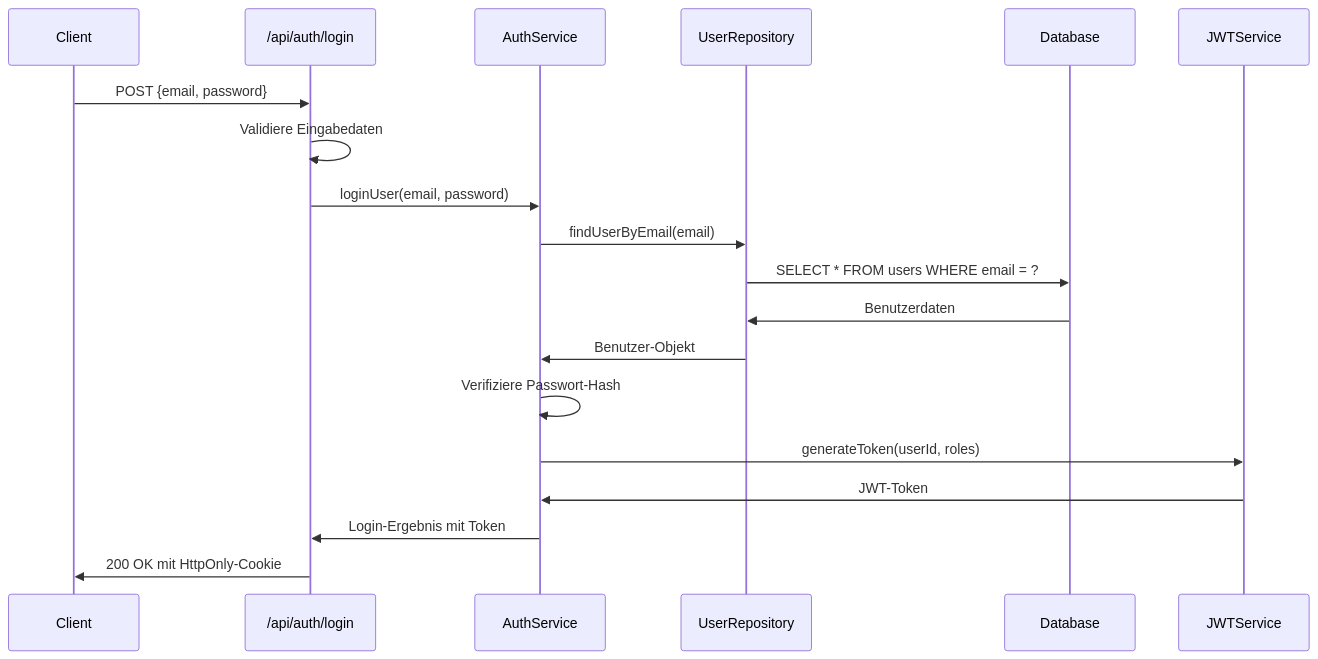
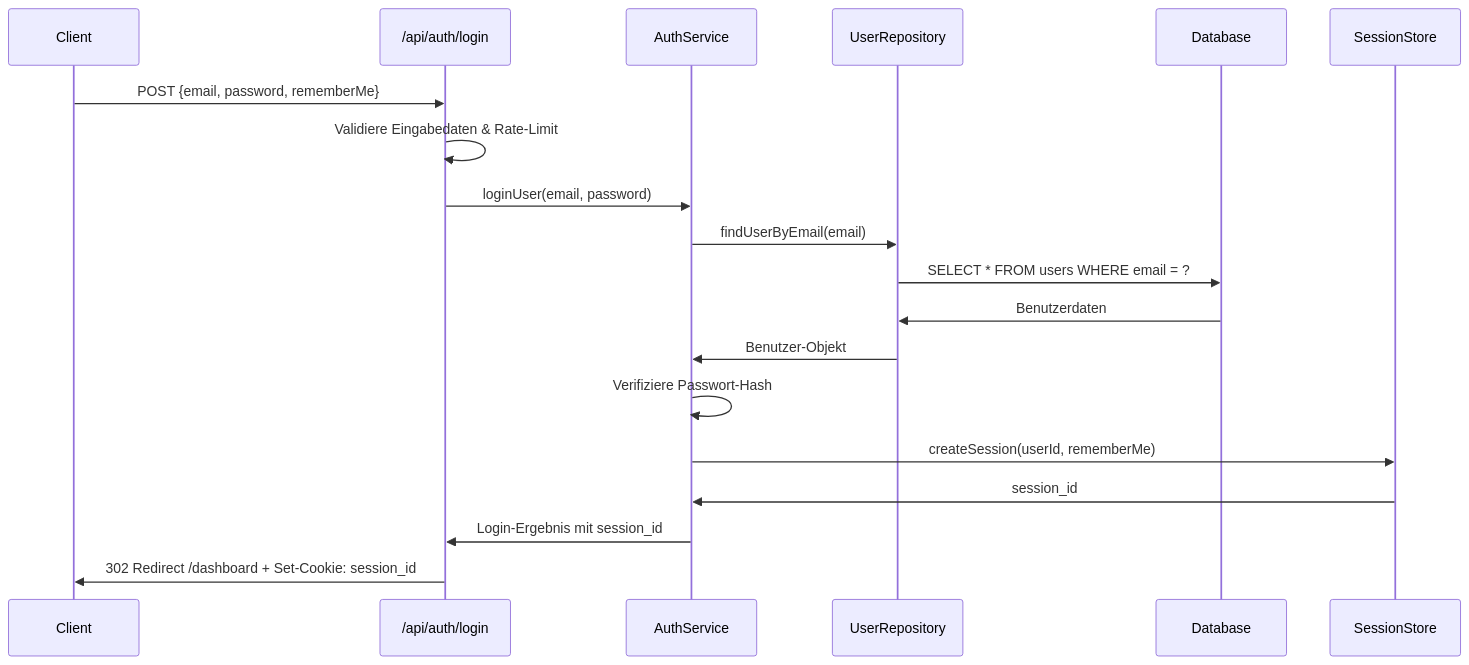
Before and after one commit to HubEvolution/EvolutionHub: the second of 4 diagrams in docs/architecture/auth-flow.md, drawn with Mermaid. The commit also changed other lines of this file and 64 other files, not shown here.

Commit message:
feat: implement comprehensive auth system with email verification and i18n support

````diff
--- a/docs/architecture/auth-flow.md
+++ b/docs/architecture/auth-flow.md
@@ -171,22 +114,22 @@
 ```mermaid
 sequenceDiagram
     participant Client
     participant LoginAPI as /api/auth/login
     participant AuthService
     participant UserRepository
     participant Database
-    participant JWTService
+    participant SessionStore
 
-    Client->>LoginAPI: POST {email, password}
-    LoginAPI->>LoginAPI: Validiere Eingabedaten
+    Client->>LoginAPI: POST {email, password, rememberMe}
+    LoginAPI->>LoginAPI: Validiere Eingabedaten & Rate-Limit
     LoginAPI->>AuthService: loginUser(email, password)
     AuthService->>UserRepository: findUserByEmail(email)
     UserRepository->>Database: SELECT * FROM users WHERE email = ?
     Database->>UserRepository: Benutzerdaten
     UserRepository->>AuthService: Benutzer-Objekt
     AuthService->>AuthService: Verifiziere Passwort-Hash
-    AuthService->>JWTService: generateToken(userId, roles)
-    JWTService->>AuthService: JWT-Token
-    AuthService->>LoginAPI: Login-Ergebnis mit Token
-    LoginAPI->>Client: 200 OK mit HttpOnly-Cookie
+    AuthService->>SessionStore: createSession(userId, rememberMe)
+    SessionStore->>AuthService: session_id
+    AuthService->>LoginAPI: Login-Ergebnis mit session_id
+    LoginAPI->>Client: 302 Redirect /dashboard + Set-Cookie: session_id
 ```
````
